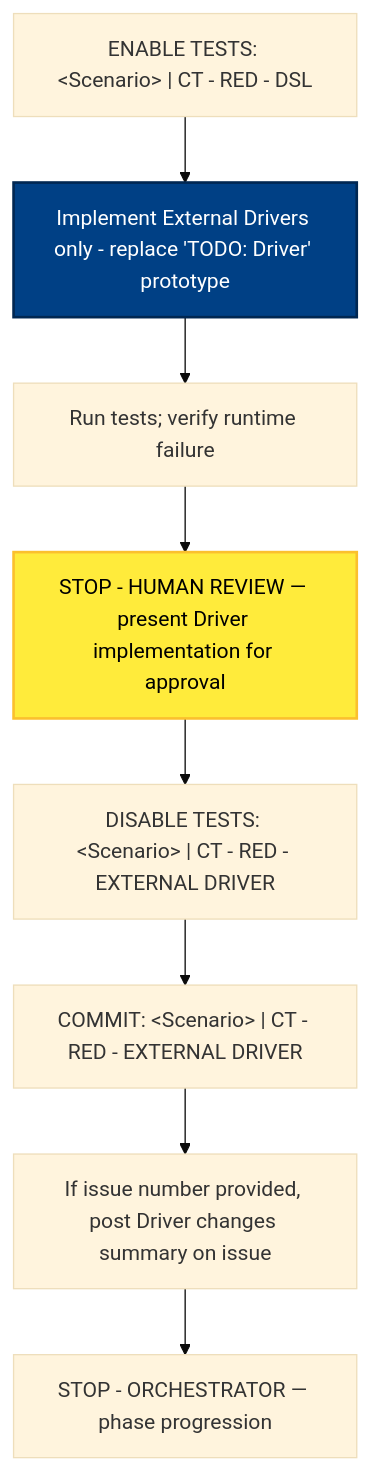
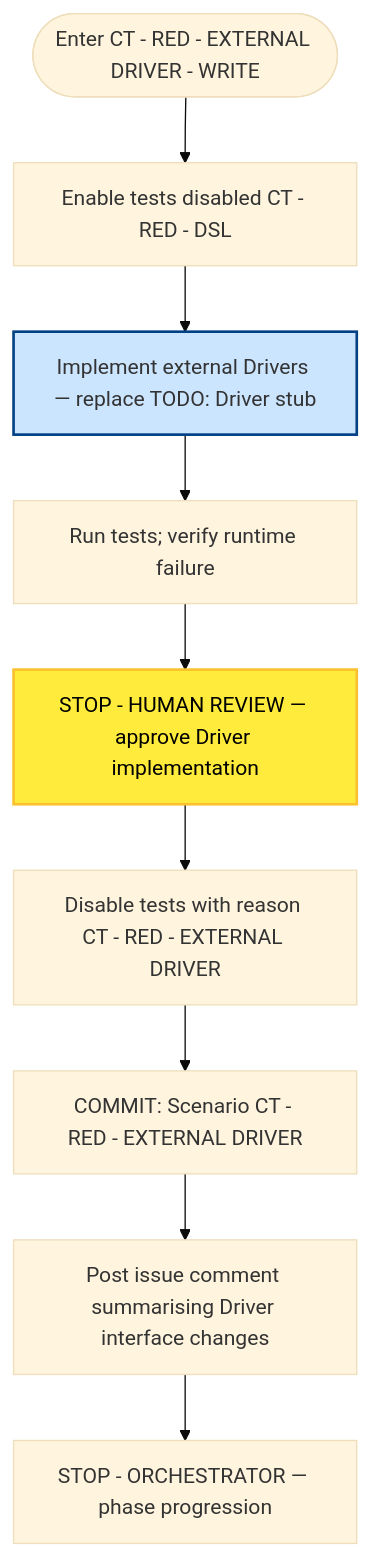
Before and after one commit to optivem/starter: the seventh of 8 diagrams in docs/atdd/process/phase-details-diagram.md, drawn with Mermaid (base theme). The commit also changed other lines of this file and 1 other file, not shown here.

First line of the commit message:
Regenerate process diagrams after AT/CT phase doc split

````diff
--- a/docs/atdd/process/phase-details-diagram.md
+++ b/docs/atdd/process/phase-details-diagram.md
@@ -237,24 +240,26 @@
 ```mermaid
 flowchart TD
-    ENABLE["ENABLE TESTS: &lt;Scenario&gt; | CT - RED - DSL"]
-    IMPL[Implement External Drivers only - replace 'TODO: Driver' prototype]
+    START([Enter CT - RED - EXTERNAL DRIVER - WRITE])
+    ENABLE[Enable tests disabled CT - RED - DSL]
+    IMPL[Implement external Drivers — replace TODO: Driver stub]
     RUN[Run tests; verify runtime failure]
-    STOP_WRITE[STOP - HUMAN REVIEW — present Driver implementation for approval]
-    DISABLE["DISABLE TESTS: &lt;Scenario&gt; | CT - RED - EXTERNAL DRIVER"]
-    COMMIT["COMMIT: &lt;Scenario&gt; | CT - RED - EXTERNAL DRIVER"]
-    GH_COMMENT[If issue number provided, post Driver changes summary on issue]
+    STOP_WRITE[STOP - HUMAN REVIEW — approve Driver implementation]
+    DISABLE[Disable tests with reason CT - RED - EXTERNAL DRIVER]
+    COMMIT[COMMIT: Scenario CT - RED - EXTERNAL DRIVER]
+    POST_COMMENT[Post issue comment summarising Driver interface changes]
     STOP_END[STOP - ORCHESTRATOR — phase progression]
 
+    START --> ENABLE
     ENABLE --> IMPL
     IMPL --> RUN
     RUN --> STOP_WRITE
     STOP_WRITE --> DISABLE
     DISABLE --> COMMIT
-    COMMIT --> GH_COMMENT
-    GH_COMMENT --> STOP_END
+    COMMIT --> POST_COMMENT
+    POST_COMMENT --> STOP_END
 
-    classDef effortNode fill:#004085,stroke:#002752,stroke-width:2px,color:#fff
+    classDef effortNode fill:#cce5ff,stroke:#004085,stroke-width:2px
     class IMPL effortNode
     classDef humanReviewNode fill:#ffeb3b,stroke:#fbc02d,stroke-width:2px,color:#000
     class STOP_WRITE humanReviewNode
 ```
````
